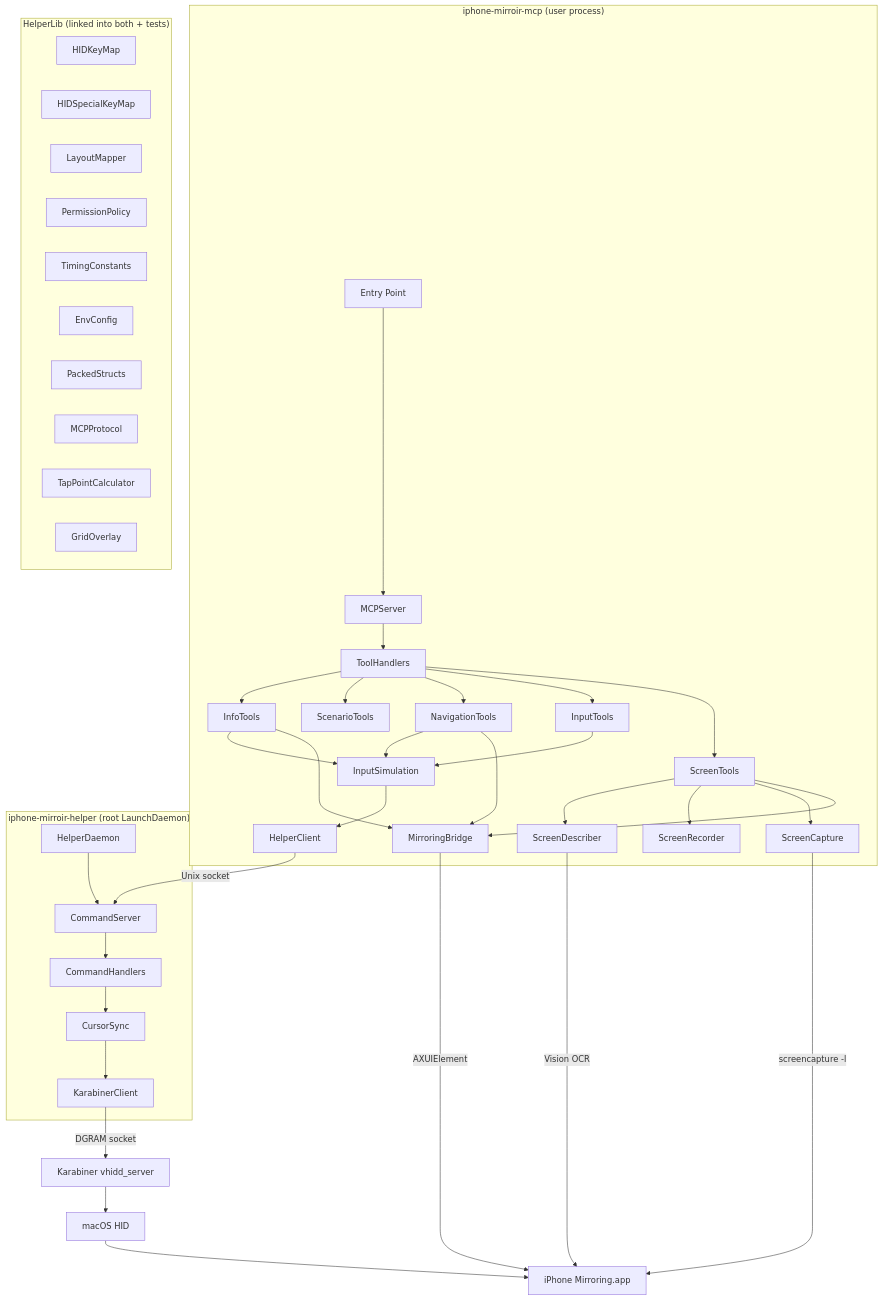
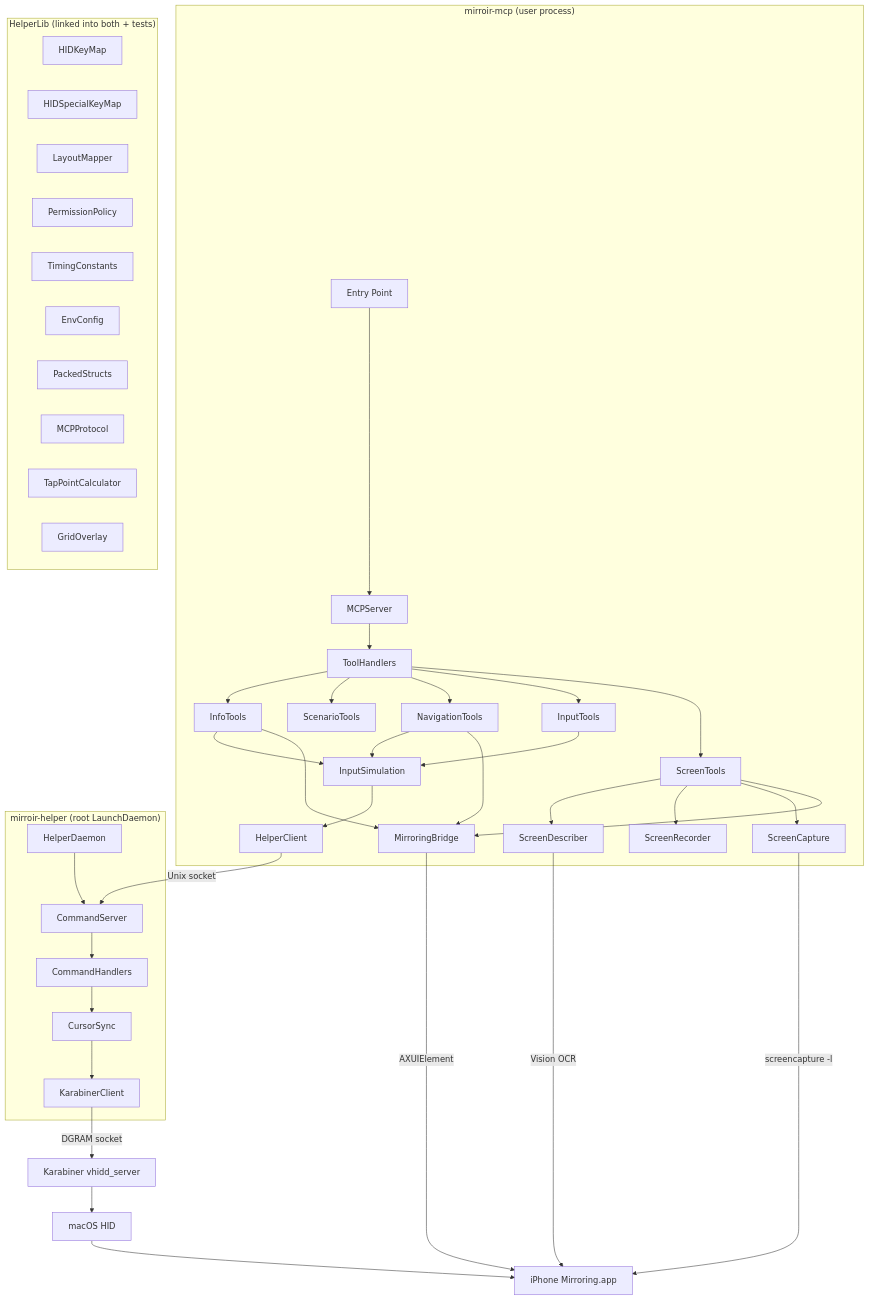
The first of 12 diagrams in docs/architecture.md (jfarcand/iphone-mirroir-mcp), drawn with Mermaid before and after one commit. The commit also changed other lines of this file and 129 other files, not shown here.

Commit message:
refactor: rename iphone-mirroir-mcp to mirroir-mcp

````diff
--- a/docs/architecture.md
+++ b/docs/architecture.md
@@ -89,50 +89,50 @@
 ```mermaid
 flowchart TD
-    subgraph UserProcess["iphone-mirroir-mcp (user process)"]
+    subgraph UserProcess["mirroir-mcp (user process)"]
         EP[Entry Point] --> MCPSrv[MCPServer]
         MCPSrv --> TH[ToolHandlers]
         TH --> ST[ScreenTools]
         TH --> IT[InputTools]
         TH --> NT[NavigationTools]
         TH --> ScT[ScenarioTools]
         TH --> InfT[InfoTools]
 
         ST --> Bridge[MirroringBridge]
         ST --> Cap[ScreenCapture]
         ST --> Rec[ScreenRecorder]
         ST --> Desc[ScreenDescriber]
         IT --> Input[InputSimulation]
         NT --> Bridge
         NT --> Input
         InfT --> Bridge
         InfT --> Input
         Input --> HC[HelperClient]
     end
 
-    subgraph HelperProcess["iphone-mirroir-helper (root LaunchDaemon)"]
+    subgraph HelperProcess["mirroir-helper (root LaunchDaemon)"]
         HD[HelperDaemon] --> CS[CommandServer]
         CS --> CH[CommandHandlers]
         CH --> Sync[CursorSync]
         Sync --> KC[KarabinerClient]
     end
 
     subgraph SharedLib["HelperLib (linked into both + tests)"]
         HID[HIDKeyMap]
         SP[HIDSpecialKeyMap]
         LM[LayoutMapper]
         PP[PermissionPolicy]
         TC[TimingConstants]
         EC[EnvConfig]
         PS[PackedStructs]
         MCP[MCPProtocol]
         TPC[TapPointCalculator]
         GO[GridOverlay]
     end
 
     HC -->|Unix socket| CS
     KC -->|DGRAM socket| Kara[Karabiner vhidd_server]
     Bridge -->|AXUIElement| IPhM[iPhone Mirroring.app]
     Cap -->|screencapture -l| IPhM
     Desc -->|Vision OCR| IPhM
     Kara --> HIDSys[macOS HID] --> IPhM
 ```
````
